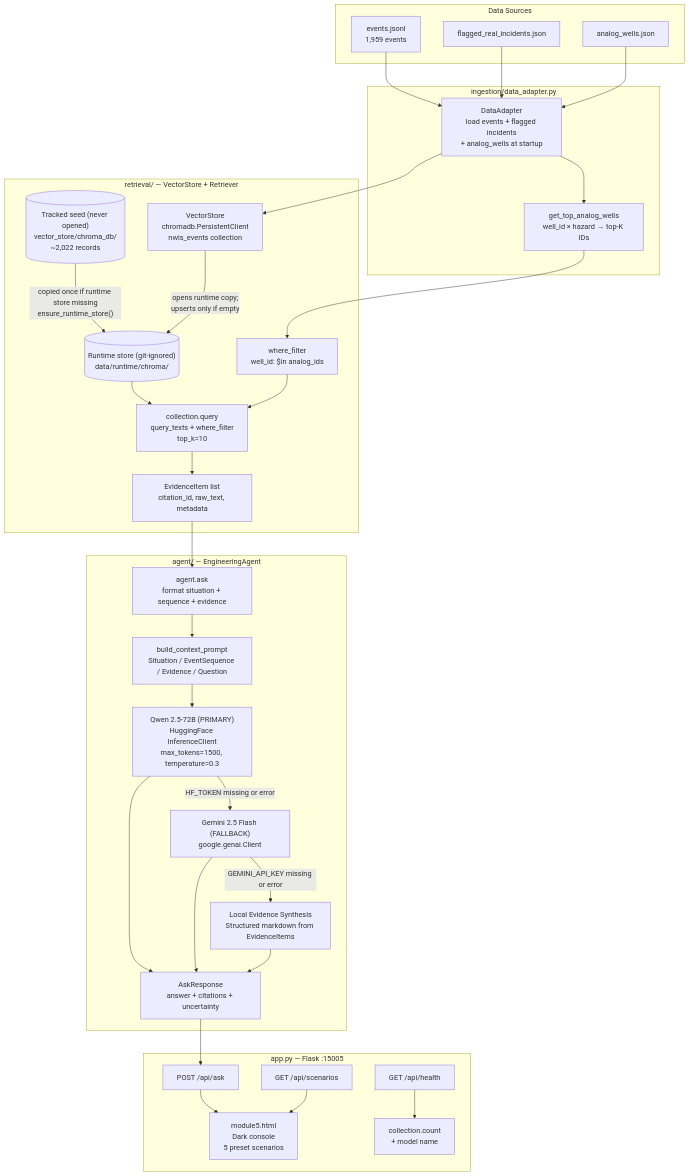
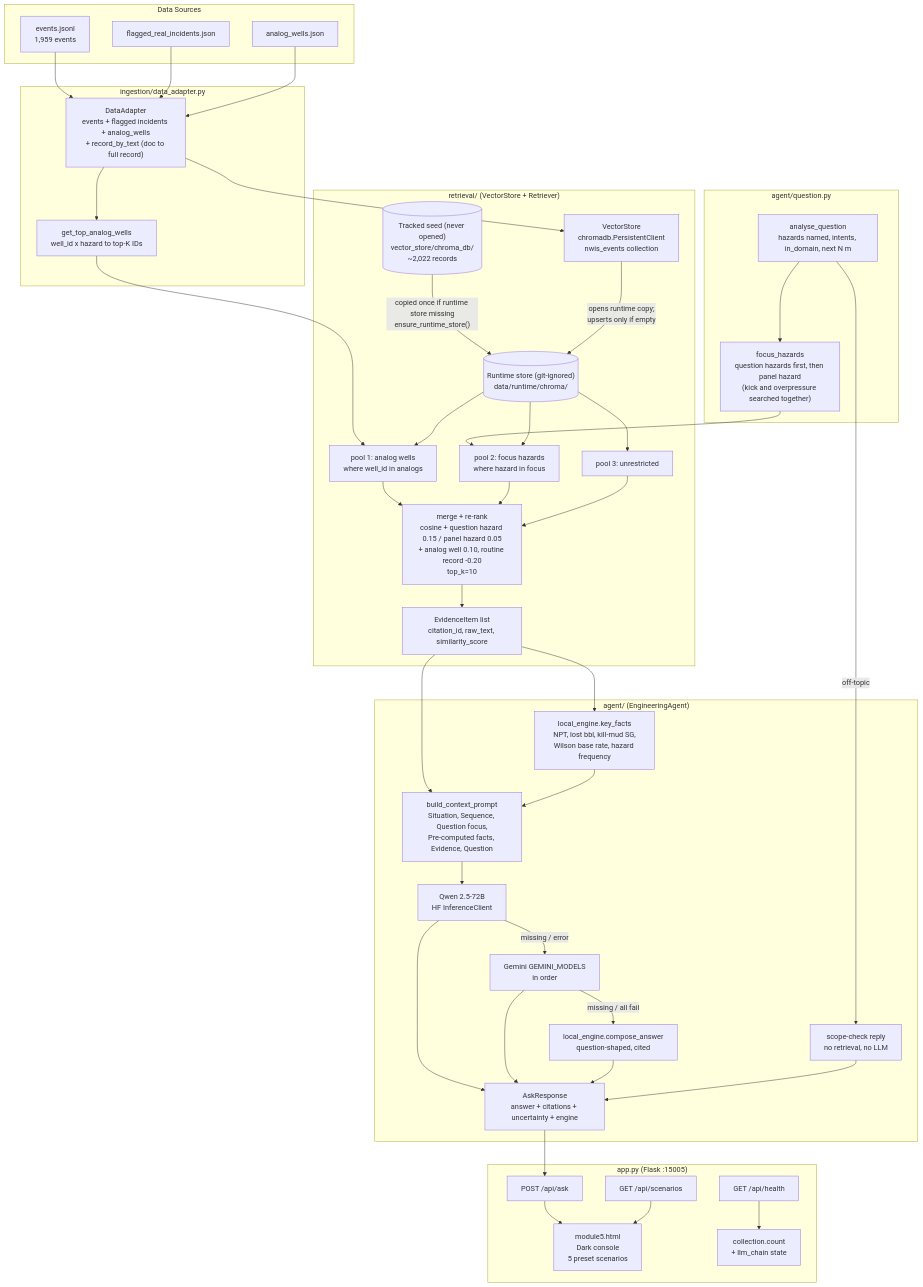
Diagram 15 of 18 in ARCHITECTURE.md (n3ssdub3y/SIH_2026_PLANNS), drawn with Mermaid before and after one commit. The commit also changed other lines of this file and 14 other files, not shown here.

Commit message:
fix: Module 5 engineering agent and update Gemini model chain

````diff
--- a/ARCHITECTURE.md
+++ b/ARCHITECTURE.md
@@ -987,41 +998,50 @@
 ```mermaid
 graph TD
     subgraph "Data Sources"
         M1E["events.jsonl\n1,959 events"]
         M1F["flagged_real_incidents.json"]
         M2A["analog_wells.json"]
     end
 
     subgraph "ingestion/data_adapter.py"
-        M1E --> DA["DataAdapter\nload events + flagged incidents\n+ analog_wells at startup"]
+        M1E --> DA["DataAdapter\nevents + flagged incidents + analog_wells\n+ record_by_text (doc to full record)"]
         M1F --> DA
         M2A --> DA
-        DA --> GET_ANALOGS["get_top_analog_wells\nwell_id × hazard → top-K IDs"]
+        DA --> GET_ANALOGS["get_top_analog_wells\nwell_id x hazard to top-K IDs"]
     end
 
-    subgraph "retrieval/ — VectorStore + Retriever"
+    subgraph "agent/question.py"
+        Q["analyse_question\nhazards named, intents, in_domain, next N m"] --> FOCUS["focus_hazards\nquestion hazards first, then panel hazard\n(kick and overpressure searched together)"]
+    end
+
+    subgraph "retrieval/ (VectorStore + Retriever)"
         DA --> VS["VectorStore\nchromadb.PersistentClient\nnwis_events collection"]
         SEED[("Tracked seed (never opened)\nvector_store/chroma_db/\n~2,022 records")] -->|"copied once if runtime store missing\nensure_runtime_store()"| CHROMA[("Runtime store (git-ignored)\ndata/runtime/chroma/")]
         VS -->|"opens runtime copy;\nupserts only if empty"| CHROMA
-        GET_ANALOGS --> FILT["where_filter\nwell_id: $in analog_ids"]
-        CHROMA --> SEARCH["collection.query\nquery_texts + where_filter\ntop_k=10"]
-        FILT --> SEARCH
-        SEARCH --> EV["EvidenceItem list\ncitation_id, raw_text, metadata"]
+        GET_ANALOGS --> P1["pool 1: analog wells\nwhere well_id in analogs"]
+        FOCUS --> P2["pool 2: focus hazards\nwhere hazard in focus"]
+        CHROMA --> P3["pool 3: unrestricted"]
+        CHROMA --> P1
+        CHROMA --> P2
+        P1 & P2 & P3 --> RANK["merge + re-rank\ncosine + question hazard 0.15 / panel hazard 0.05\n+ analog well 0.10, routine record -0.20\ntop_k=10"]
+        RANK --> EV["EvidenceItem list\ncitation_id, raw_text, similarity_score"]
     end
 
-    subgraph "agent/ — EngineeringAgent"
-        EV --> AGT["agent.ask\nformat situation + sequence + evidence"]
-        AGT --> PROMPT["build_context_prompt\nSituation / EventSequence / Evidence / Question"]
-        PROMPT --> HF["Qwen 2.5-72B (PRIMARY)\nHuggingFace InferenceClient\nmax_tokens=1500, temperature=0.3"]
-        HF -->|"HF_TOKEN missing or error"| GEM["Gemini 2.5 Flash (FALLBACK)\ngoogle.genai.Client"]
-        GEM -->|"GEMINI_API_KEY missing or error"| SYNTH["Local Evidence Synthesis\nStructured markdown from EvidenceItems"]
-        HF & GEM & SYNTH --> ANS["AskResponse\nanswer + citations + uncertainty"]
+    subgraph "agent/ (EngineeringAgent)"
+        Q -->|"off-topic"| SCOPE["scope-check reply\nno retrieval, no LLM"]
+        EV --> FACTS["local_engine.key_facts\nNPT, lost bbl, kill-mud SG,\nWilson base rate, hazard frequency"]
+        EV --> PROMPT["build_context_prompt\nSituation, Sequence, Question focus,\nPre-computed facts, Evidence, Question"]
+        FACTS --> PROMPT
+        PROMPT --> HF["Qwen 2.5-72B\nHF InferenceClient"]
+        HF -->|"missing / error"| GEM["Gemini GEMINI_MODELS\nin order"]
+        GEM -->|"missing / all fail"| LOCAL["local_engine.compose_answer\nquestion-shaped, cited"]
+        HF & GEM & LOCAL & SCOPE --> ANS["AskResponse\nanswer + citations + uncertainty + engine"]
     end
 
-    subgraph "app.py — Flask :15005"
+    subgraph "app.py (Flask :15005)"
         ANS --> API["POST /api/ask"]
         API --> UI["module5.html\nDark console\n5 preset scenarios"]
         SCEN["GET /api/scenarios"] --> UI
-        HEALTH["GET /api/health"] --> COUNT["collection.count\n+ model name"]
+        HEALTH["GET /api/health"] --> COUNT["collection.count\n+ llm_chain state"]
     end
 ```
````
